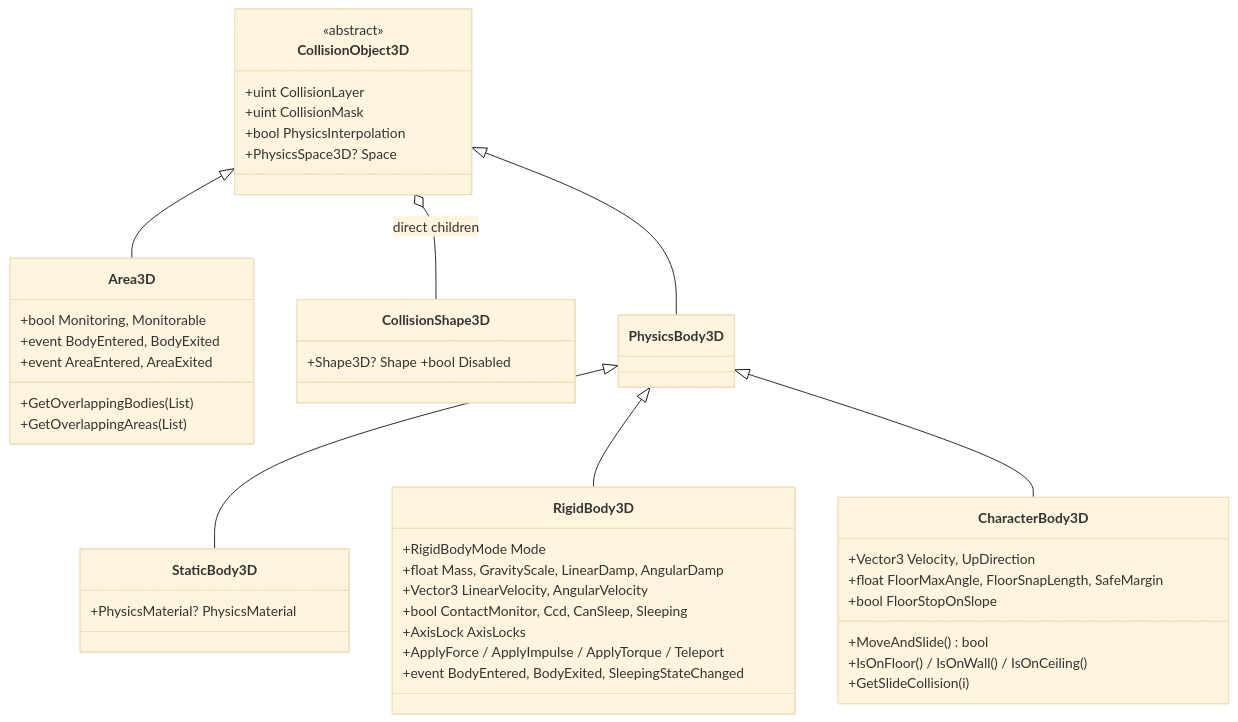
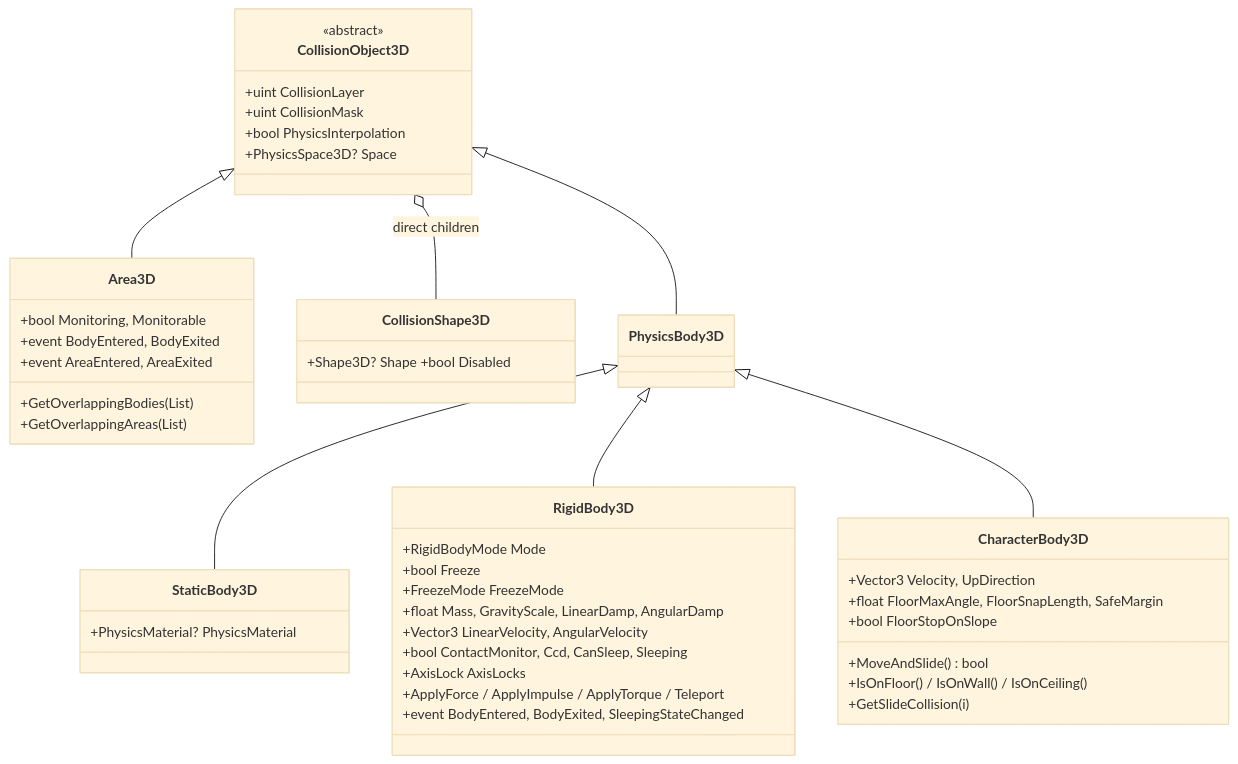
Before and after one commit to Mainframe-Games/mainframe-engine: the first of 2 diagrams in docs/design/physics.md, drawn with Mermaid (base theme). The commit also changed other lines of this file and 7 other files, not shown here.

First line of the commit message:
RigidBody2D/3D: Godot's Freeze and FreezeMode (Static/Kinematic), joints kept (#101)

````diff
--- a/docs/design/physics.md
+++ b/docs/design/physics.md
@@ -41,42 +41,44 @@
 ```mermaid
 classDiagram
     class CollisionObject3D {
         <<abstract>>
         +uint CollisionLayer
         +uint CollisionMask
         +bool PhysicsInterpolation
         +PhysicsSpace3D? Space
     }
     class StaticBody3D { +PhysicsMaterial? PhysicsMaterial }
     class RigidBody3D {
         +RigidBodyMode Mode
+        +bool Freeze
+        +FreezeMode FreezeMode
         +float Mass, GravityScale, LinearDamp, AngularDamp
         +Vector3 LinearVelocity, AngularVelocity
         +bool ContactMonitor, Ccd, CanSleep, Sleeping
         +AxisLock AxisLocks
         +ApplyForce / ApplyImpulse / ApplyTorque / Teleport
         +event BodyEntered, BodyExited, SleepingStateChanged
     }
     class CharacterBody3D {
         +Vector3 Velocity, UpDirection
         +float FloorMaxAngle, FloorSnapLength, SafeMargin
         +bool FloorStopOnSlope
         +MoveAndSlide() bool
         +IsOnFloor() / IsOnWall() / IsOnCeiling()
         +GetSlideCollision(i)
     }
     class Area3D {
         +bool Monitoring, Monitorable
         +event BodyEntered, BodyExited
         +event AreaEntered, AreaExited
         +GetOverlappingBodies(List)
         +GetOverlappingAreas(List)
     }
     class CollisionShape3D { +Shape3D? Shape +bool Disabled }
     CollisionObject3D <|-- PhysicsBody3D
     PhysicsBody3D <|-- StaticBody3D
     PhysicsBody3D <|-- RigidBody3D
     PhysicsBody3D <|-- CharacterBody3D
     CollisionObject3D <|-- Area3D
     CollisionObject3D o-- CollisionShape3D : direct children
 ```
````
